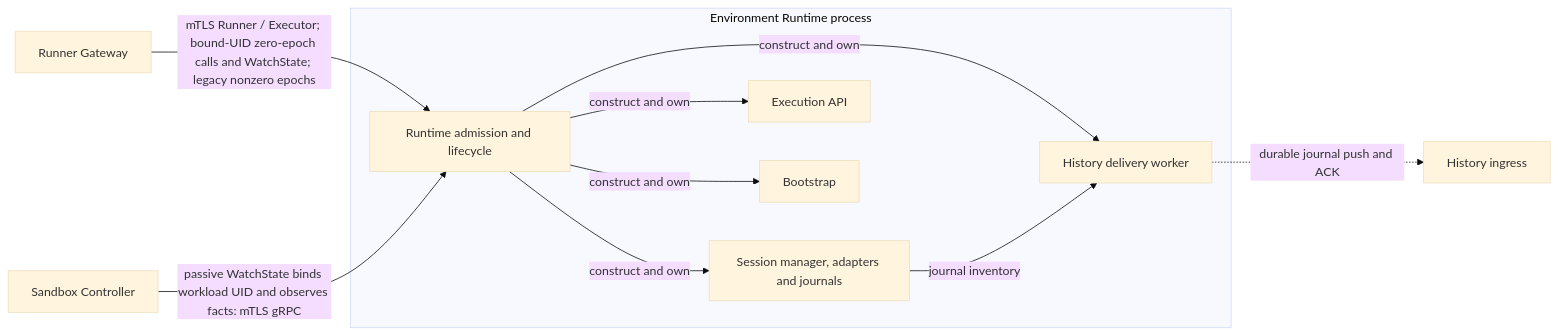
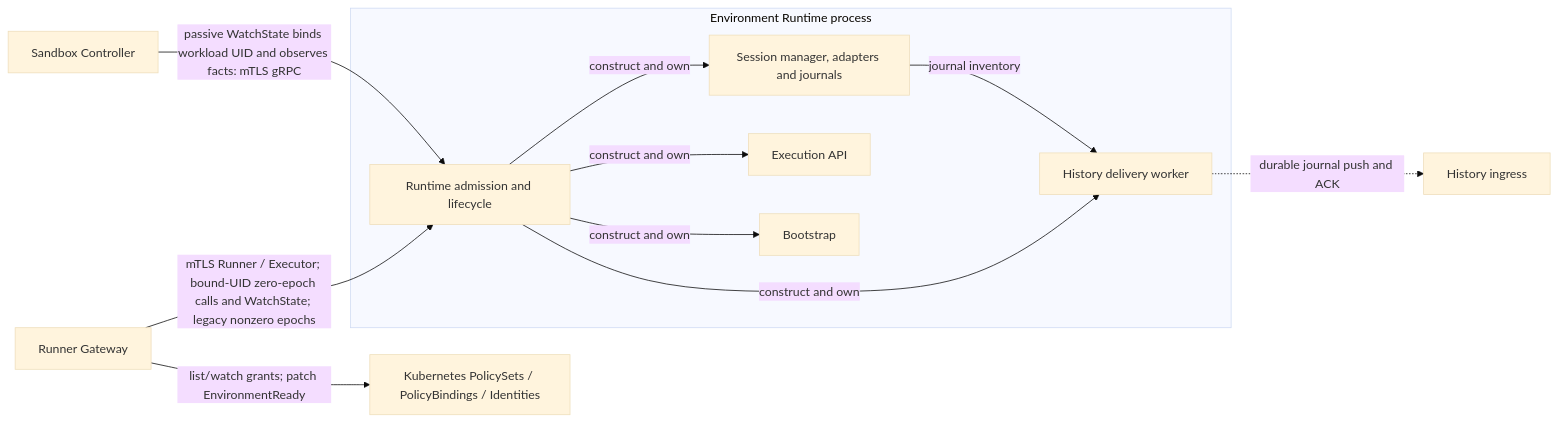
Before and after one commit to agentydragon/ducktape: the fourth of 9 diagrams in agentplane/docs/system_overview.md, drawn with Mermaid (base theme). The commit also changed other lines of this file and 29 other files, not shown here.

Commit message:
Add explicit Identity grants for environment resume

````diff
--- a/agentplane/docs/system_overview.md
+++ b/agentplane/docs/system_overview.md
@@ -379,17 +380,19 @@
 ```mermaid
 flowchart LR
     gateway[Runner Gateway]
     subgraph environment_runtime[Environment Runtime process]
       runtime[Runtime admission and lifecycle]
       sessions[Session manager, adapters and journals]
       execution[Execution API]
       bootstrap[Bootstrap]
       delivery[History delivery worker]
       runtime -->|construct and own| sessions & execution & bootstrap & delivery
       sessions -->|journal inventory| delivery
     end
     history[History ingress]
     gateway -->|mTLS Runner / Executor; bound-UID zero-epoch calls and WatchState; legacy nonzero epochs| runtime
+    policy_api[Kubernetes PolicySets / PolicyBindings / Identities]
+    gateway -->|list/watch grants; patch EnvironmentReady| policy_api
     sandboxctl[Sandbox Controller] -->|passive WatchState binds workload UID and observes facts: mTLS gRPC| runtime
     delivery -.->|durable journal push and ACK| history
 ```
````
